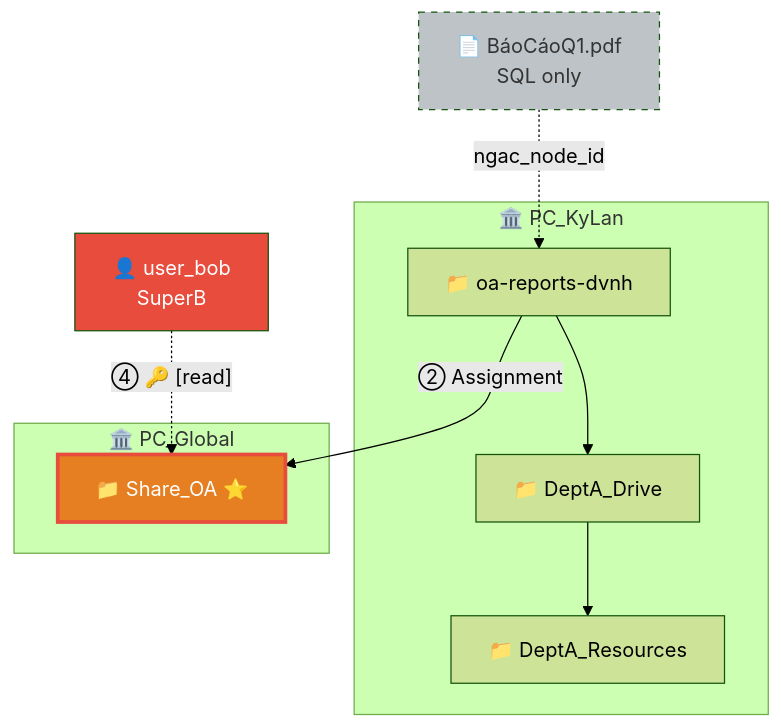
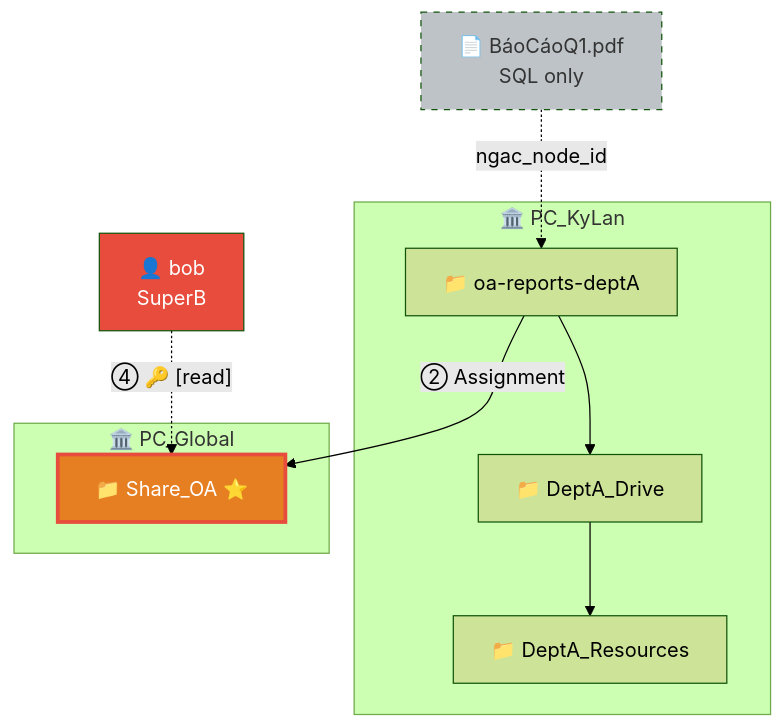
The third of 10 diagrams in raw/ngac/ngac_in_real_project/ngac-practical-guide.md (minhquan2904/llm-wiki), drawn with Mermaid (forest theme) before and after one commit. The commit also changed other lines of this file and 23 other files, not shown here.

````diff
--- a/raw/ngac/ngac_in_real_project/ngac-practical-guide.md
+++ b/raw/ngac/ngac_in_real_project/ngac-practical-guide.md
@@ -438,23 +438,23 @@
 ```mermaid
 graph TD
     subgraph kylan["🏛️ PC_KyLan"]
         RES["📁 DeptA_Resources"]
         DRIVE["📁 DeptA_Drive"]
-        REPORTS["📁 oa-reports-dvnh"]
+        REPORTS["📁 oa-reports-deptA"]
     end
 
     subgraph global["🏛️ PC_Global"]
         SHARE["📁 Share_OA ⭐"]
     end
 
     DRIVE --> RES
     REPORTS --> DRIVE
     REPORTS -->|"② Assignment"| SHARE
 
-    user_bob["👤 user_bob<br>SuperB"] -.->|"④ 🔑 [read]"| SHARE
+    bob["👤 bob<br>SuperB"] -.->|"④ 🔑 [read]"| SHARE
     FILE["📄 BáoCáoQ1.pdf<br>SQL only"] -.->|"ngac_node_id"| REPORTS
 
     style SHARE fill:#e67e22,color:#fff,stroke:#e74c3c,stroke-width:3px
-    style user_bob fill:#e74c3c,color:#fff
+    style bob fill:#e74c3c,color:#fff
     style FILE fill:#bdc3c7,color:#333,stroke-dasharray: 5 5
 ```
````
